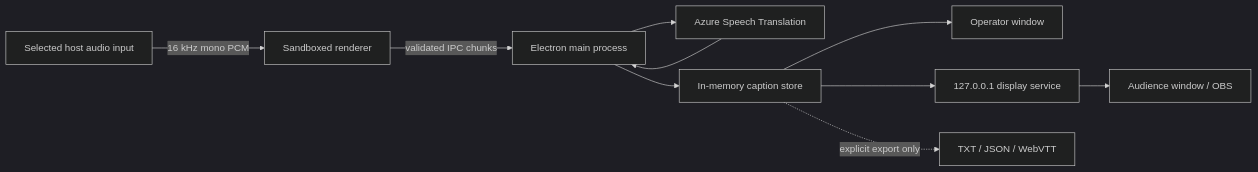
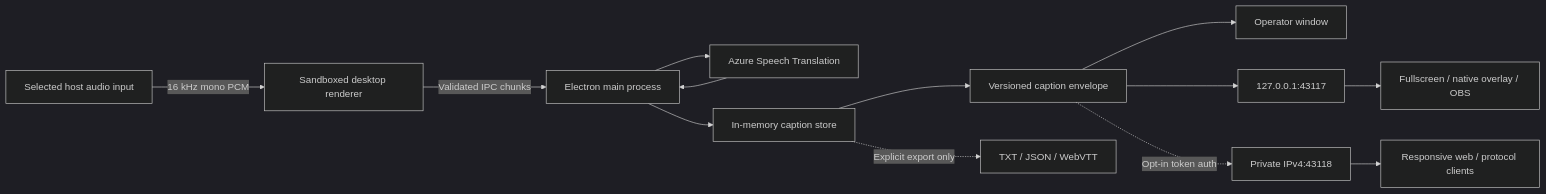
The diagram in docs/ARCHITECTURE.md (evoltriet/live-caption-bridge), drawn with Mermaid (dark theme) before and after one commit. The commit also changed other lines of this file and 101 other files, not shown here.

````diff
--- a/docs/ARCHITECTURE.md
+++ b/docs/ARCHITECTURE.md
@@ -5,12 +5,15 @@
 ```mermaid
 flowchart LR
-    Device["Selected host audio input"] -->|"16 kHz mono PCM"| Renderer["Sandboxed renderer"]
-    Renderer -->|"validated IPC chunks"| Main["Electron main process"]
+    Device["Selected host audio input"] -->|"16 kHz mono PCM"| Renderer["Sandboxed desktop renderer"]
+    Renderer -->|"Validated IPC chunks"| Main["Electron main process"]
     Main --> Azure["Azure Speech Translation"]
     Azure --> Main
     Main --> Store["In-memory caption store"]
-    Store --> Operator["Operator window"]
-    Store --> Loopback["127.0.0.1 display service"]
-    Loopback --> Audience["Audience window / OBS"]
-    Store -. "explicit export only" .-> Disk["TXT / JSON / WebVTT"]
+    Store --> Protocol["Versioned caption envelope"]
+    Protocol --> Operator["Operator window"]
+    Protocol --> Loopback["127.0.0.1:43117"]
+    Loopback --> Screen["Fullscreen / native overlay / OBS"]
+    Protocol -. "Opt-in token auth" .-> LAN["Private IPv4:43118"]
+    LAN --> Receiver["Responsive web / protocol clients"]
+    Store -. "Explicit export only" .-> Disk["TXT / JSON / WebVTT"]
 ```
````
